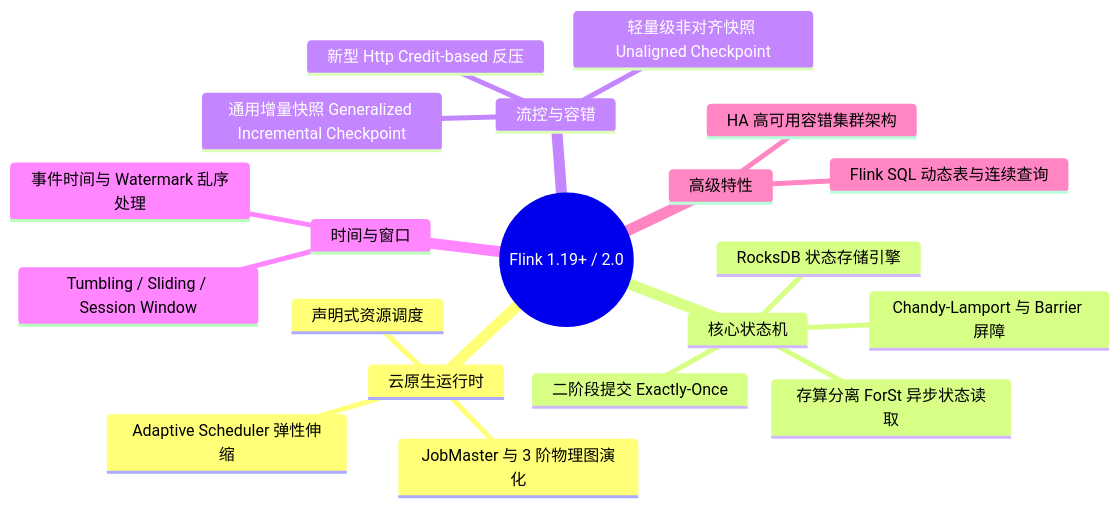
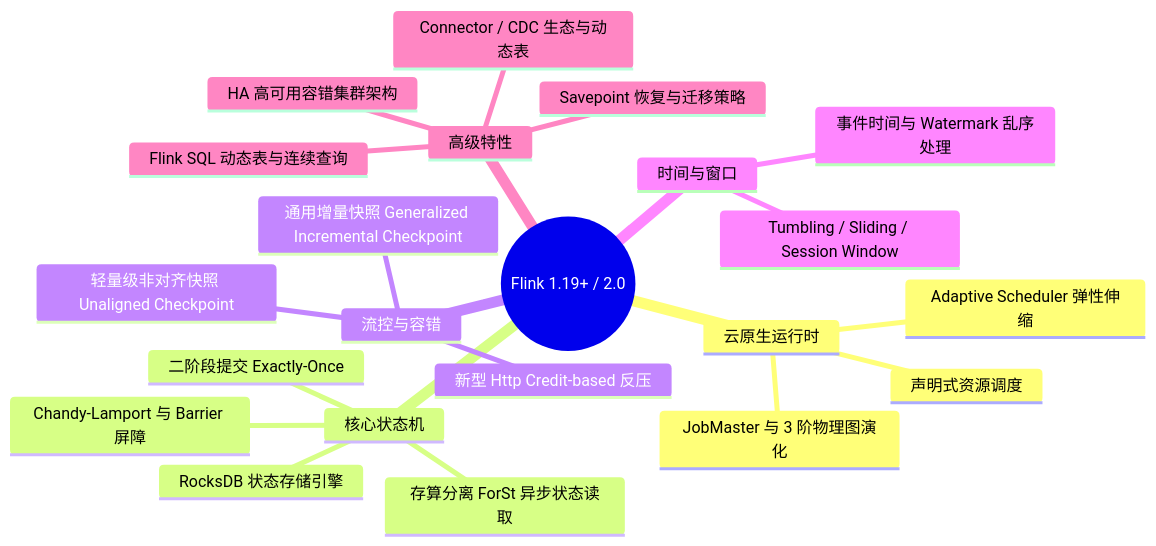
The diagram in docs/distributed/flink/0-readme.md (Aiden-Coding/AiDocs), drawn with Mermaid before and after one commit. The commit also changed other lines of this file and 2 other files, not shown here.

Commit message:
release feat(flink): 添加 Savepoint 恢复与迁移策略文档及连接器与动态数据源介绍

````diff
--- a/docs/distributed/flink/0-readme.md
+++ b/docs/distributed/flink/0-readme.md
@@ -17,23 +17,25 @@
 ```mermaid
 mindmap
   root((Flink 1.19+ / 2.0))
     云原生运行时
       声明式资源调度
       JobMaster 与 3 阶物理图演化
       Adaptive Scheduler 弹性伸缩
     核心状态机
       RocksDB 状态存储引擎
       存算分离 ForSt 异步状态读取
       Chandy-Lamport 与 Barrier 屏障
       二阶段提交 Exactly-Once
     流控与容错
       新型 Http Credit-based 反压
       轻量级非对齐快照 Unaligned Checkpoint
       通用增量快照 Generalized Incremental Checkpoint
     时间与窗口
       事件时间与 Watermark 乱序处理
       Tumbling / Sliding / Session Window
     高级特性
       Flink SQL 动态表与连续查询
       HA 高可用容错集群架构
+      Connector / CDC 生态与动态表
+      Savepoint 恢复与迁移策略
 ```
````
